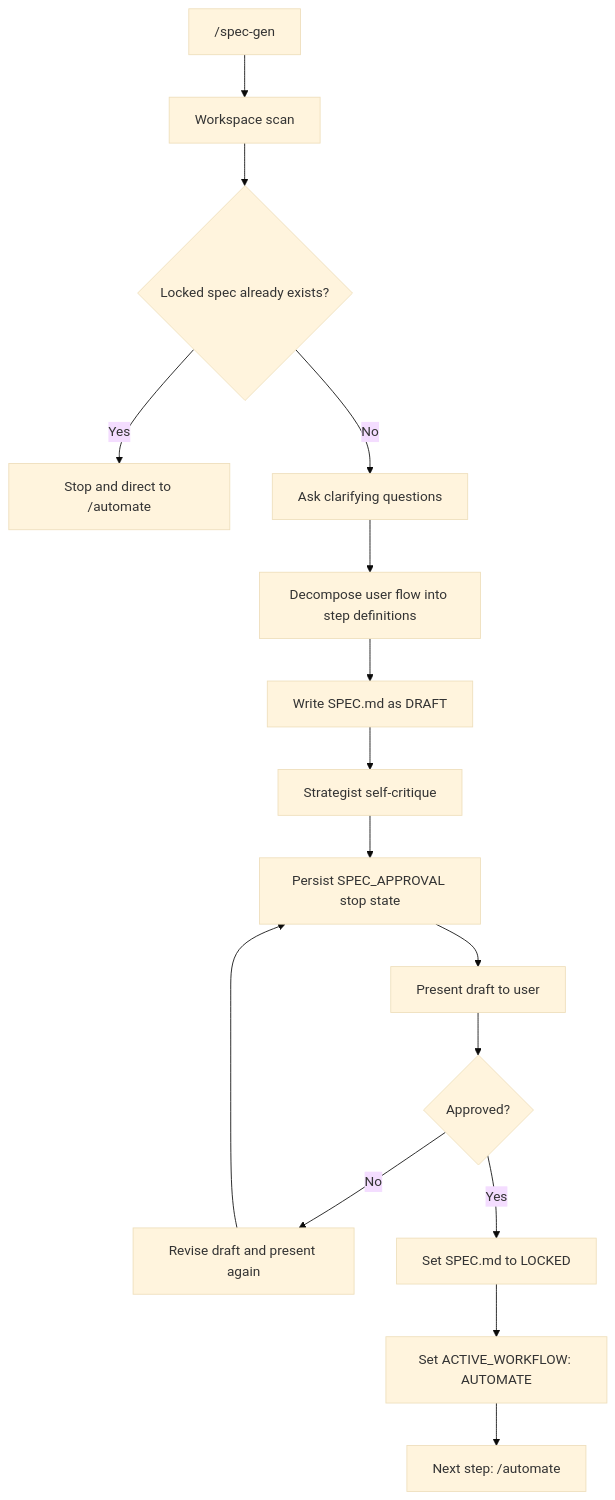
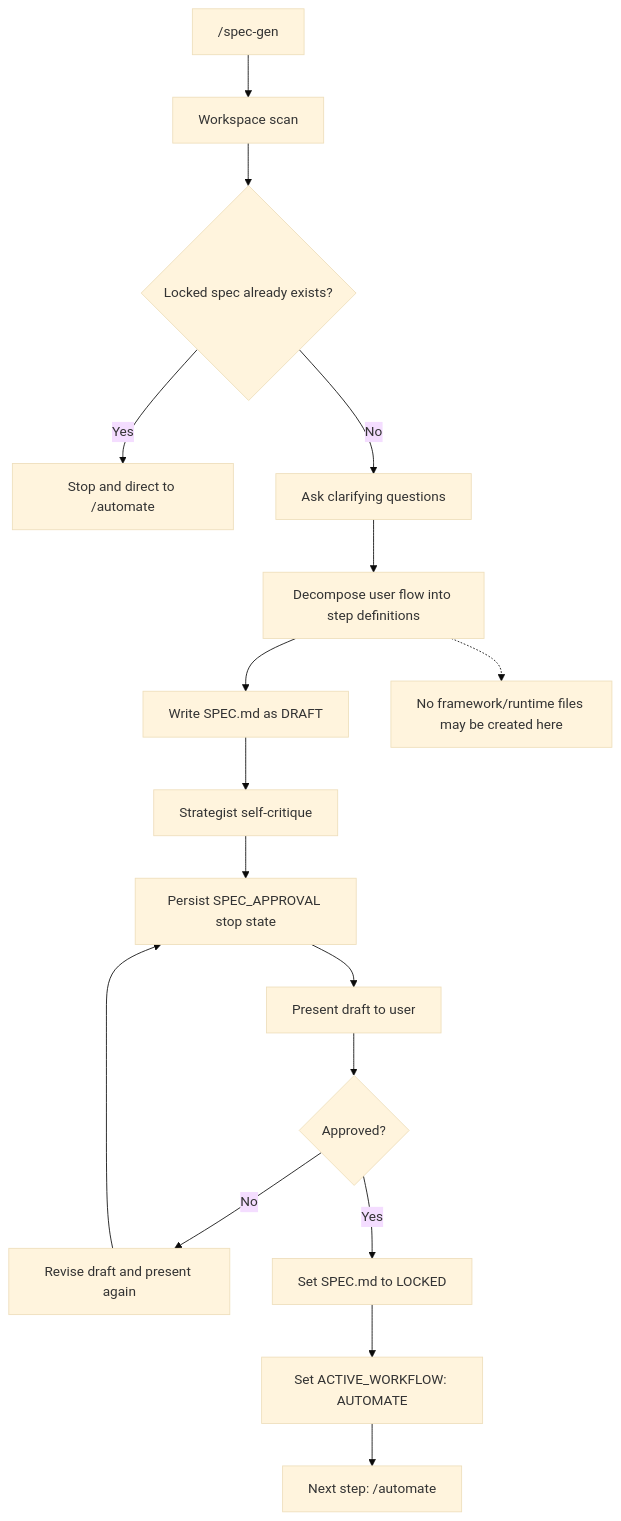
One commit to Sreenuraj/PostQodeCollections changed the third of 12 diagrams in web-automation-pro-4/WORKFLOW-DIAGRAMS.md. Above: the diagram before and after it, drawn with Mermaid (base theme). The commit also changed other lines of this file and 6 other files, not shown here.

````diff
--- a/web-automation-pro-4/WORKFLOW-DIAGRAMS.md
+++ b/web-automation-pro-4/WORKFLOW-DIAGRAMS.md
@@ -91,18 +91,20 @@
 ```mermaid
 flowchart TD
     A["/spec-gen"] --> B["Workspace scan"]
     B --> C{"Locked spec already exists?"}
     C -->|Yes| D["Stop and direct to /automate"]
     C -->|No| E["Ask clarifying questions"]
     E --> F["Decompose user flow into step definitions"]
     F --> G["Write SPEC.md as DRAFT"]
     G --> H["Strategist self-critique"]
     H --> I["Persist SPEC_APPROVAL stop state"]
     I --> J["Present draft to user"]
     J --> K{"Approved?"}
     K -->|No| L["Revise draft and present again"]
     L --> I
     K -->|Yes| M["Set SPEC.md to LOCKED"]
     M --> N["Set ACTIVE_WORKFLOW: AUTOMATE"]
     N --> O["Next step: /automate"]
+
+    F -.-> P["No framework/runtime files may be created here"]
 ```
````
